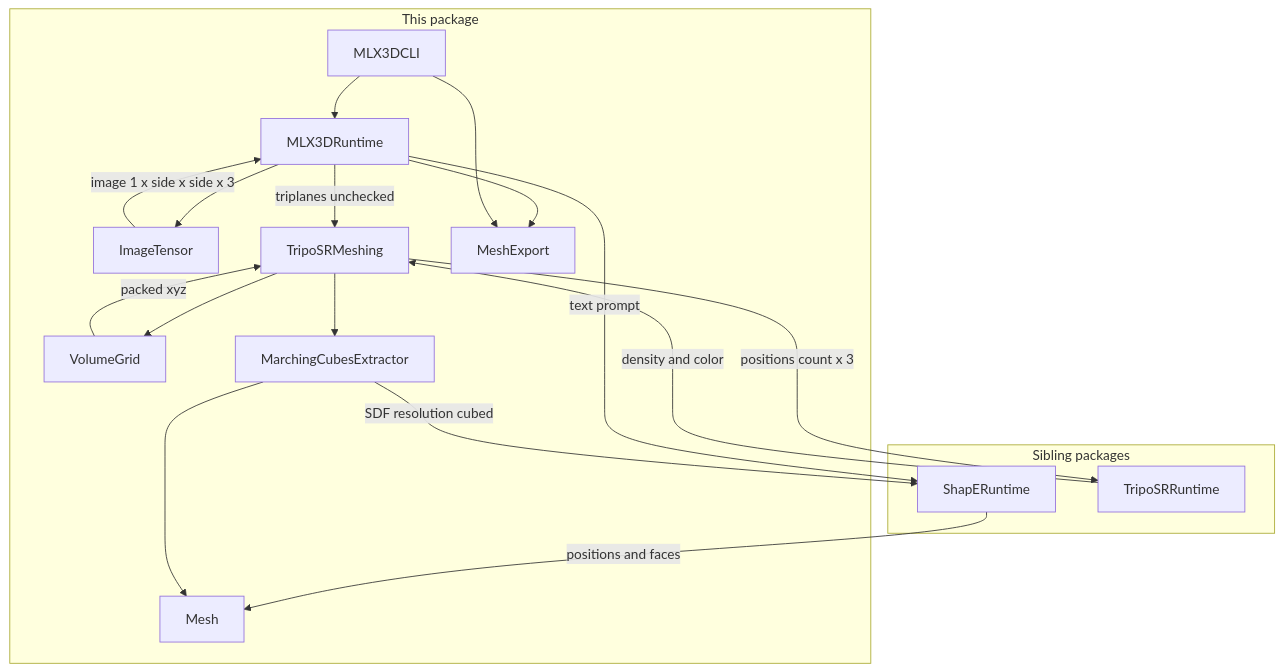
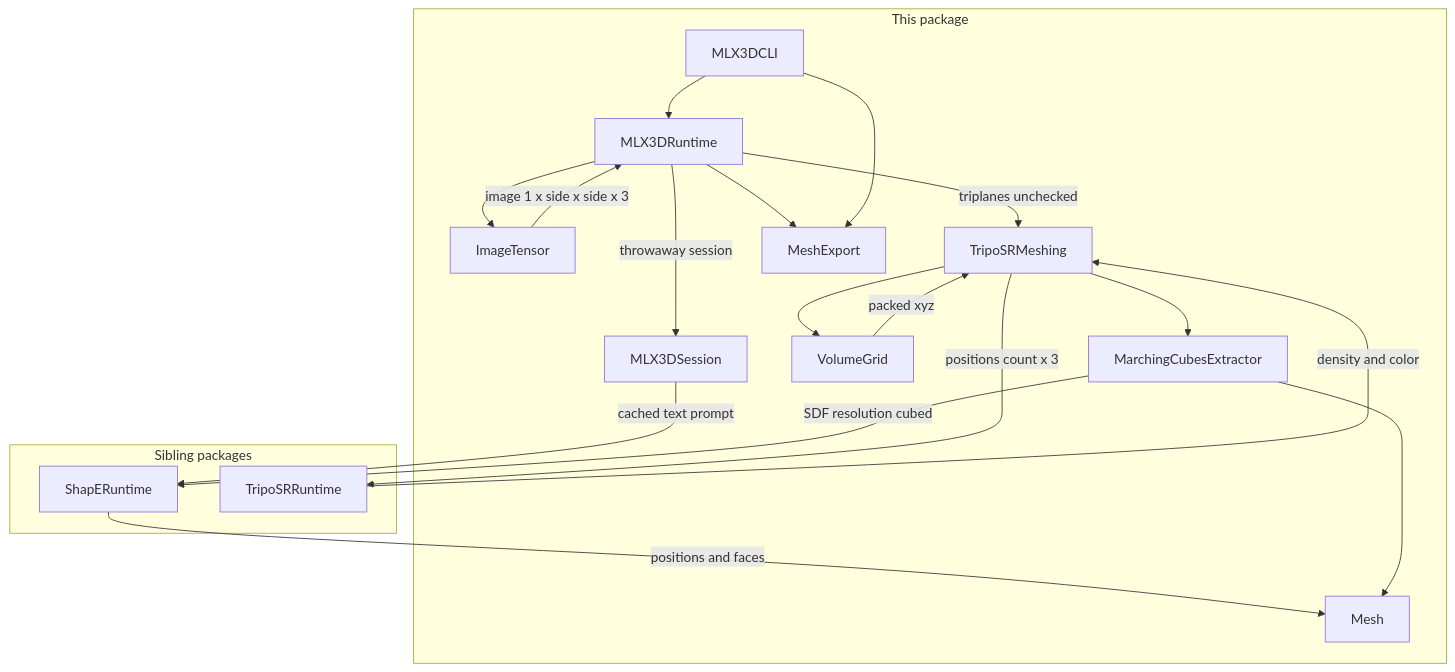
The diagram in docs/knowledge-graph.md (signalnotnoise/mlx-3d-runtime-swift), drawn with Mermaid before and after one commit. The commit also changed other lines of this file and 15 other files, not shown here.

````diff
--- a/docs/knowledge-graph.md
+++ b/docs/knowledge-graph.md
@@ -5,32 +5,34 @@
 ```mermaid
 flowchart TD
   subgraph products [This package]
     CLI[MLX3DCLI]
     API[MLX3DRuntime]
+    SESSION[MLX3DSession]
     IMG[ImageTensor]
     GRID[VolumeGrid]
     MESH_EXT[TripoSRMeshing]
     MC[MarchingCubesExtractor]
     MESH[Mesh]
     EXP[MeshExport]
   end
   subgraph external [Sibling packages]
     SHAPE[ShapERuntime]
     TRIPO[TripoSRRuntime]
   end
   CLI --> API
-  API -->|text prompt| SHAPE
+  API -->|throwaway session| SESSION
+  SESSION -->|cached text prompt| SHAPE
   SHAPE -->|positions and faces| MESH
   API --> IMG
   IMG -->|image 1 x side x side x 3| API
   API -->|triplanes unchecked| MESH_EXT
   MESH_EXT --> GRID
   GRID -->|packed xyz| MESH_EXT
   MESH_EXT -->|positions count x 3| TRIPO
   TRIPO -->|density and color| MESH_EXT
   MESH_EXT --> MC
   MC -->|SDF resolution cubed| SHAPE
   MC --> MESH
   API --> EXP
   CLI --> EXP
 ```
````
